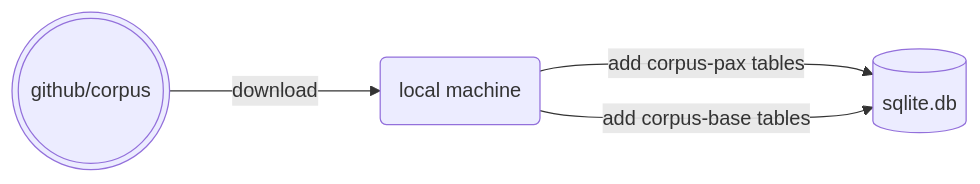
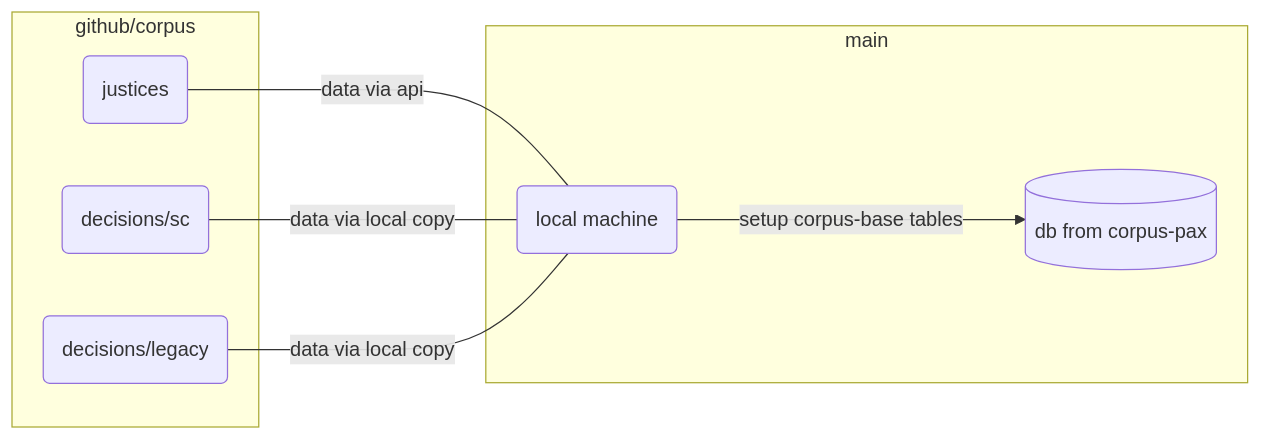
The diagram in README.md (justmars/corpus-base), drawn with Mermaid before and after one commit. The commit also changed 5 other files, not shown here.

Commit message:
feat: updates to corpus-pax by adding articles

````diff
--- a/README.md
+++ b/README.md
@@ -3,6 +3,12 @@
 ```mermaid
 flowchart LR
-repo(((github/corpus))) --download---> local(local machine)
-local--add corpus-pax tables--->db[(sqlite.db)]
-local--add corpus-base tables-->db
+
+subgraph main
+  local(local machine)--setup corpus-base tables--->db[(db from corpus-pax)]
+end
+subgraph github/corpus
+  folder1(justices)--data via api---local
+  folder2(decisions/sc)--data via local copy---local
+  folder3(decisions/legacy)--data via local copy---local
+end
 ```
````
